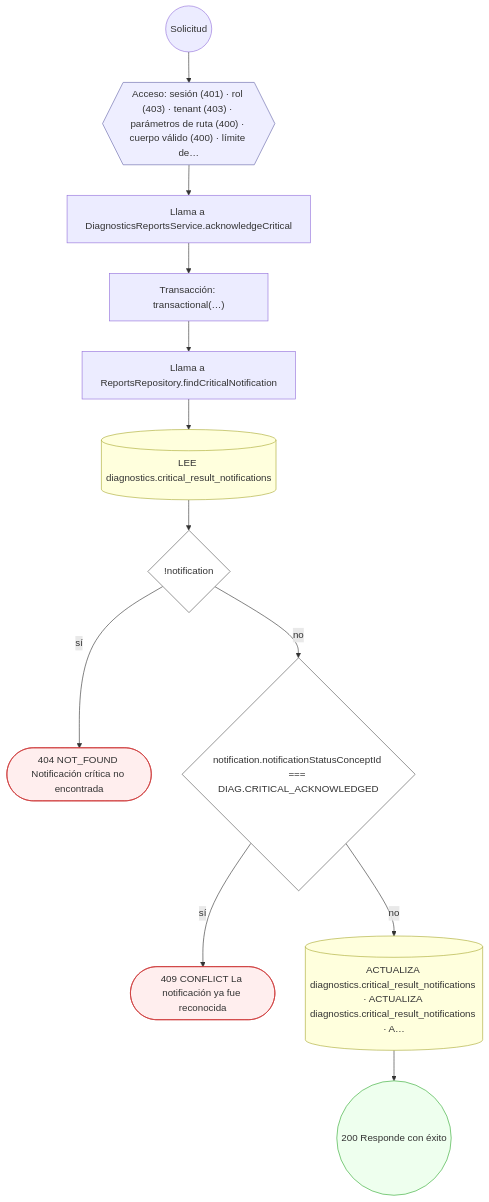
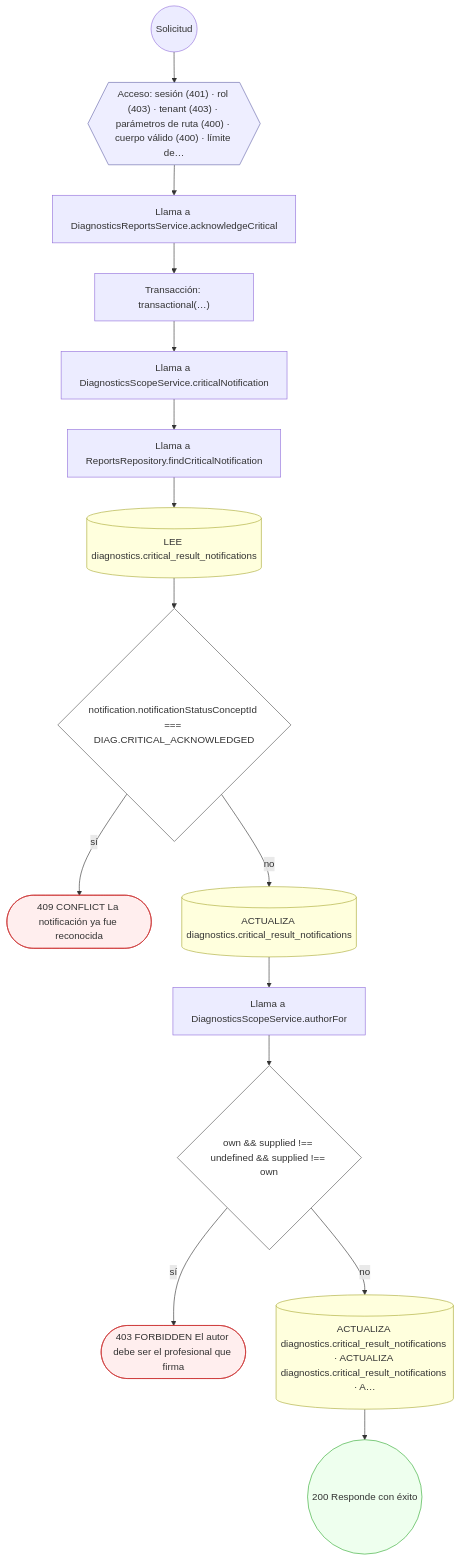
Diagram 17 of 31 in docs/inventario/flujos/diagnostics.md (mdavila-2001/mantra-core-health-api), drawn with Mermaid before and after one commit. The commit also changed other lines of this file and 438 other files, not shown here.

````diff
--- a/docs/inventario/flujos/diagnostics.md
+++ b/docs/inventario/flujos/diagnostics.md
@@ -1448,32 +1623,38 @@
 ```mermaid
 flowchart TD
   n1(("Solicitud")):::inicio
   n2{{"Acceso: sesión (401) · rol (403) · tenant (403) · parámetros de ruta (400) · cuerpo válido (400) · límite de…"}}:::acceso
   n1 --> n2
   n3["Llama a DiagnosticsReportsService.acknowledgeCritical"]:::llamada
   n2 --> n3
   n4["Transacción: transactional(…)"]:::transaccion
   n3 --> n4
-  n5["Llama a ReportsRepository.findCriticalNotification"]:::llamada
+  n5["Llama a DiagnosticsScopeService.criticalNotification"]:::llamada
   n4 --> n5
-  n6[("LEE diagnostics.critical_result_notifications")]:::efecto
+  n6["Llama a ReportsRepository.findCriticalNotification"]:::llamada
   n5 --> n6
-  n7{"!notification"}:::decision
+  n7[("LEE diagnostics.critical_result_notifications")]:::efecto
   n6 --> n7
-  n8(["404 NOT_FOUND Notificación crítica no encontrada"]):::error
-  n7 -->|"sí"| n8
-  n9{"notification.notificationStatusConceptId === DIAG.CRITICAL_ACKNOWLEDGED"}:::decision
-  n7 -->|"no"| n9
-  n10(["409 CONFLICT La notificación ya fue reconocida"]):::error
-  n9 -->|"sí"| n10
-  n11[("ACTUALIZA diagnostics.critical_result_notifications · ACTUALIZA diagnostics.critical_result_notifications · A…")]:::efecto
-  n9 -->|"no"| n11
-  n12(("200 Responde con éxito")):::ok
+  n8{"notification.notificationStatusConceptId === DIAG.CRITICAL_ACKNOWLEDGED"}:::decision
+  n7 --> n8
+  n9(["409 CONFLICT La notificación ya fue reconocida"]):::error
+  n8 -->|"sí"| n9
+  n10[("ACTUALIZA diagnostics.critical_result_notifications")]:::efecto
+  n8 -->|"no"| n10
+  n11["Llama a DiagnosticsScopeService.authorFor"]:::llamada
+  n10 --> n11
+  n12{"own && supplied !== undefined && supplied !== own"}:::decision
   n11 --> n12
+  n13(["403 FORBIDDEN El autor debe ser el profesional que firma"]):::error
+  n12 -->|"sí"| n13
+  n14[("ACTUALIZA diagnostics.critical_result_notifications · ACTUALIZA diagnostics.critical_result_notifications · A…")]:::efecto
+  n12 -->|"no"| n14
+  n15(("200 Responde con éxito")):::ok
+  n14 --> n15
   classDef acceso fill:#eef,stroke:#66a
   classDef error fill:#fee,stroke:#c33
   classDef ok fill:#efe,stroke:#3a3
   classDef efecto fill:#ffd,stroke:#aa3
   classDef decision fill:#fff,stroke:#555
   classDef corte fill:#eee,stroke:#999,stroke-dasharray: 4
 ```
````
